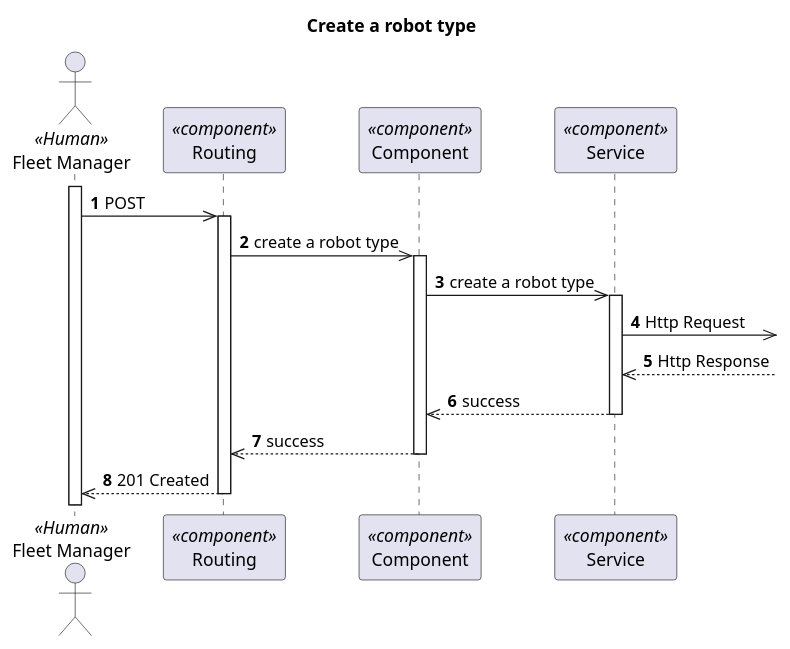
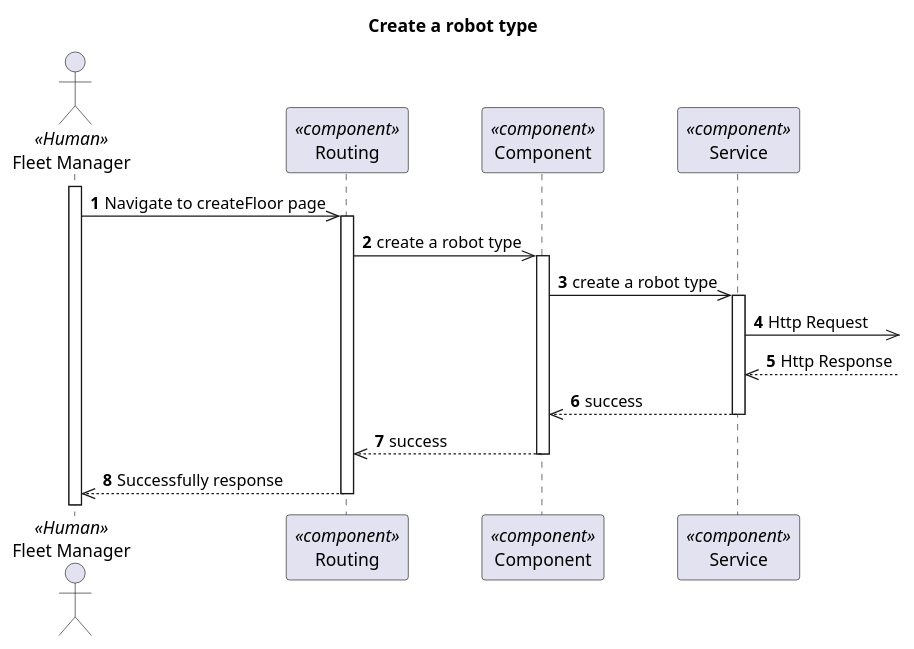
The diagram in docs/VistaProcesso/US350(1000)/Visualization/ProcessView_Level3_US350.puml (1210910/lapr5), drawn with PlantUML before and after one commit. The commit also changed 48 other files, not shown here.

```diff
--- a/docs/VistaProcesso/US350(1000)/Visualization/ProcessView_Level3_US350.puml
+++ b/docs/VistaProcesso/US350(1000)/Visualization/ProcessView_Level3_US350.puml
@@ -1,35 +1,35 @@
 @startuml Process View - Level 3
 
 autonumber
 skinparam packageStyle rect
 
 title Create a robot type
 
 actor "Fleet Manager" as FM <<Human>>
 participant "Routing" as routing <<component>>
 participant "Component" as comp <<component>>
 participant "Service" as service <<component>>
 
 
 activate FM
-FM->> routing : POST
+FM->> routing : Navigate to createFloor page
 activate routing
 routing ->> comp : create a robot type
 
 activate comp
 comp ->> service : create a robot type
 
 activate service
 service ->> : Http Request
 service <<-- : Http Response
 
 service -->> comp : success
 deactivate service
 
 comp -->> routing : success
 deactivate comp
 
-FM<<-- routing : 201 Created
+FM<<-- routing : Successfully response
 deactivate routing
 
 @enduml
```
